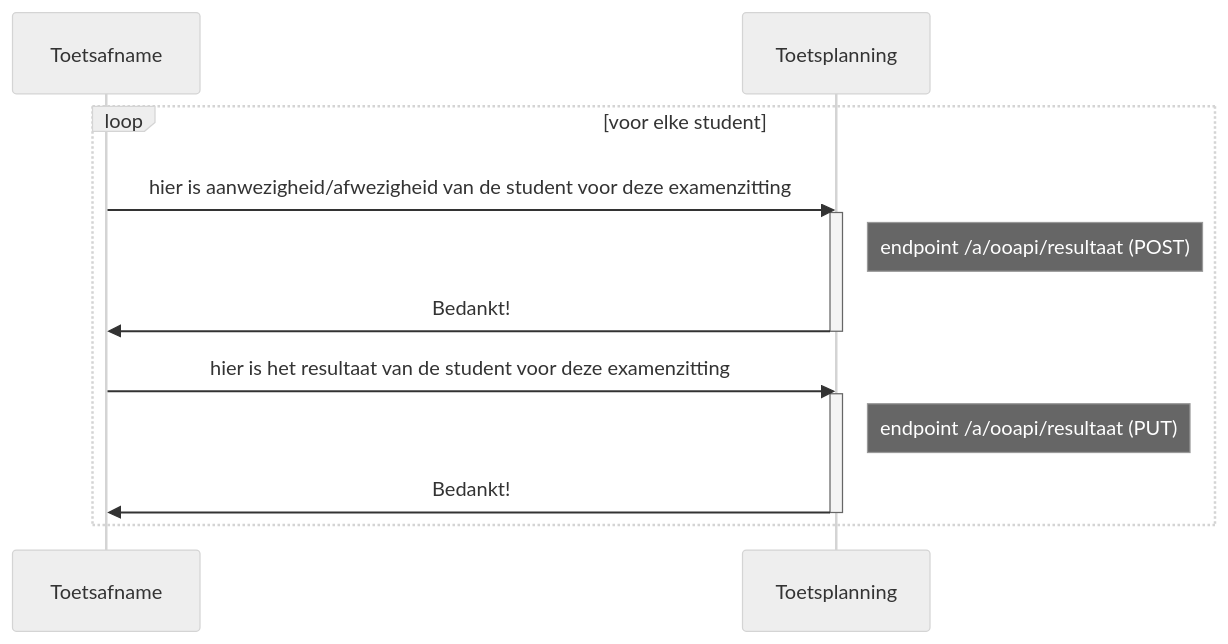
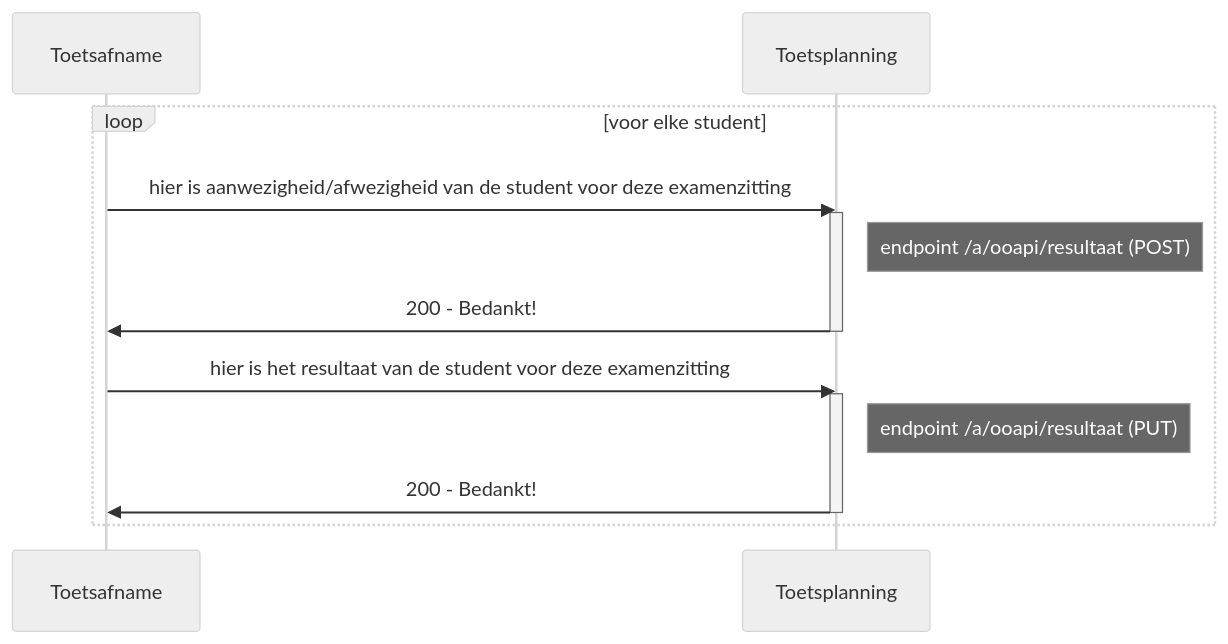
The second of 2 diagrams in doc/diagrams/flow3.md (NetwerkExamineringDigitalisering/NED-OOAPI), drawn with Mermaid (neutral theme) before and after one commit. The commit also changed other lines of this file, not shown here.

````diff
--- a/doc/diagrams/flow3.md
+++ b/doc/diagrams/flow3.md
@@ -19,15 +19,15 @@
 ```mermaid
 sequenceDiagram
     loop voor elke student
       Toetsafname->>Toetsplanning: hier is aanwezigheid/afwezigheid van de student voor deze examenzitting
       activate Toetsplanning
       Note right of Toetsplanning: endpoint /a/ooapi/resultaat (POST)
-      Toetsplanning->>Toetsafname: Bedankt!
+      Toetsplanning->>Toetsafname: 200 - Bedankt!
       deactivate Toetsplanning
       Toetsafname->>Toetsplanning: hier is het resultaat van de student voor deze examenzitting
       activate Toetsplanning
       Note right of Toetsplanning: endpoint /a/ooapi/resultaat (PUT)
-      Toetsplanning->>Toetsafname: Bedankt!
+      Toetsplanning->>Toetsafname: 200 - Bedankt!
       deactivate Toetsplanning
    end
 ```
````
